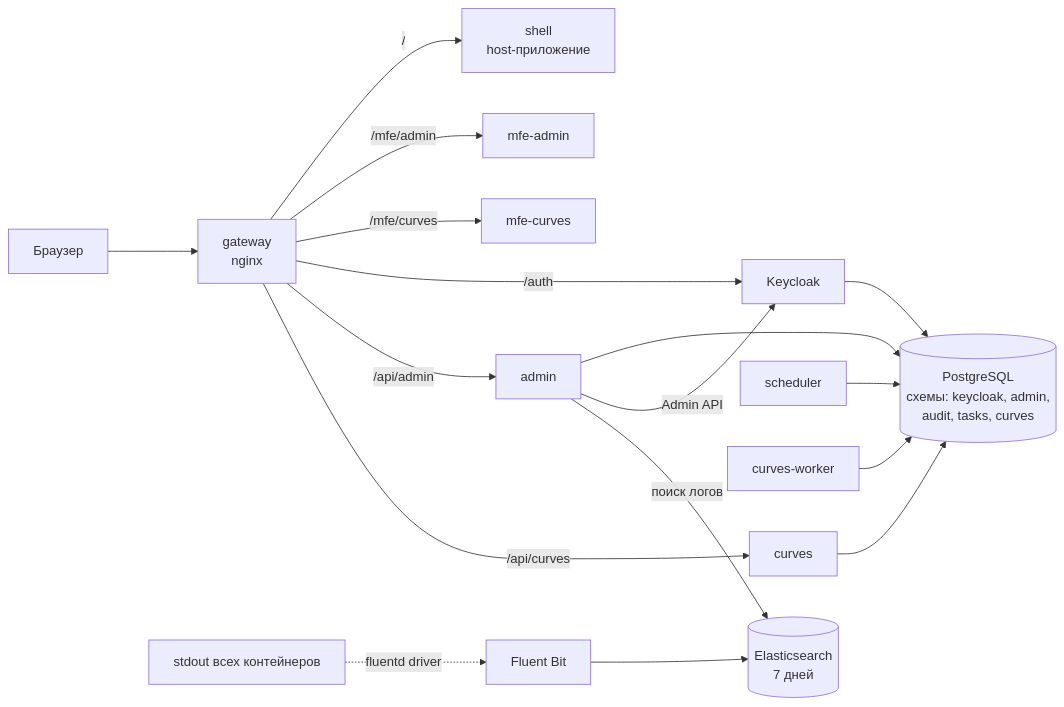
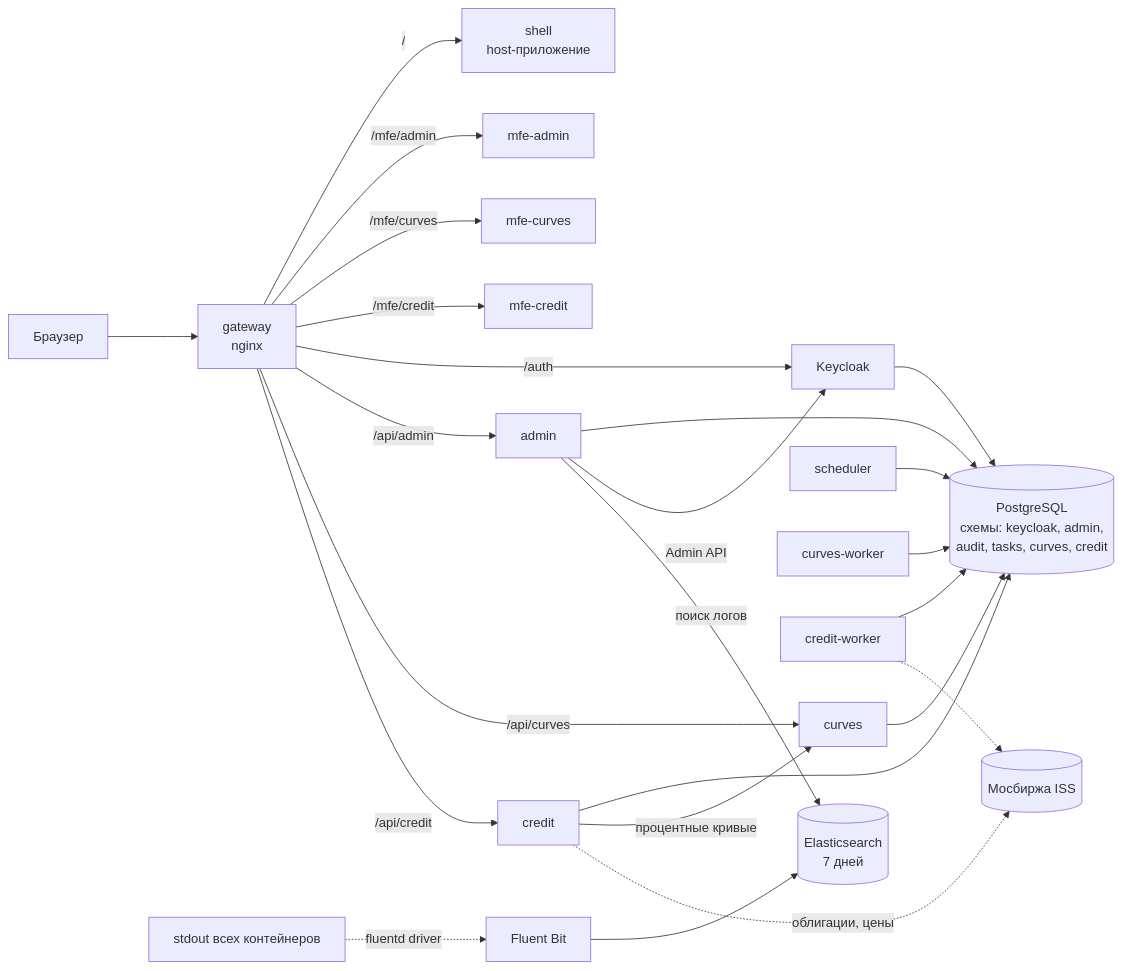
One commit to armsmaster/credit changed the diagram in README.md. Above: the diagram before and after it, drawn with Mermaid. The commit also changed other lines of this file and 73 other files, not shown here.

First line of the commit message:
Credit curves service: MOEX ISS bonds, 15-minute prices with DEMA, hazard-rate bootstrapping

````diff
--- a/README.md
+++ b/README.md
@@ -29,18 +30,25 @@
 ```mermaid
 flowchart LR
   B[Браузер] --> G[gateway<br/>nginx]
   G -->|/| SH[shell<br/>host-приложение]
   G -->|/mfe/admin| MA[mfe-admin]
   G -->|/mfe/curves| MC[mfe-curves]
+  G -->|/mfe/credit| MK[mfe-credit]
   G -->|/auth| KC[Keycloak]
   G -->|/api/admin| AD[admin]
   G -->|/api/curves| CU[curves]
+  G -->|/api/credit| CR[credit]
   SC[scheduler] --> PG
   CW[curves-worker] --> PG
-  AD --> PG[(PostgreSQL<br/>схемы: keycloak, admin,<br/>audit, tasks, curves)]
+  KW[credit-worker] --> PG
+  AD --> PG[(PostgreSQL<br/>схемы: keycloak, admin,<br/>audit, tasks, curves, credit)]
   CU --> PG
+  CR --> PG
+  CR -->|процентные кривые| CU
+  CR -.->|облигации, цены| ISS[(Мосбиржа ISS)]
+  KW -.-> ISS
   KC --> PG
   AD -->|Admin API| KC
   AD -->|поиск логов| ES[(Elasticsearch<br/>7 дней)]
   ALL[stdout всех контейнеров] -.fluentd driver.-> FB[Fluent Bit] --> ES
 ```
````
